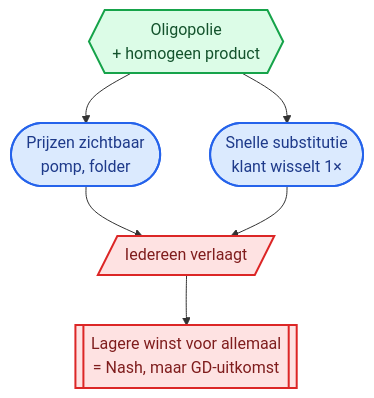
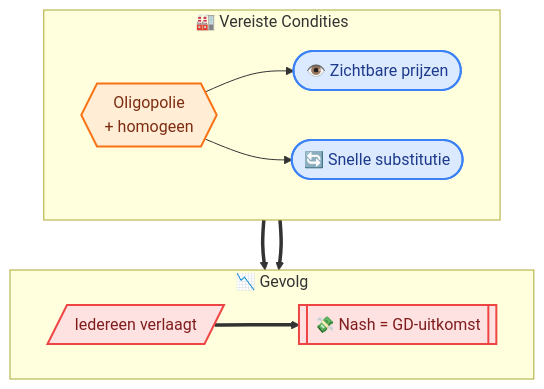
The sixth of 23 diagrams in Volledige_Samenvatting_H1_H2.md (ateknol/HAVO-Economie-examen), drawn with Mermaid before and after one commit. The commit also changed other lines of this file and 6 other files, not shown here.

````diff
--- a/Volledige_Samenvatting_H1_H2.md
+++ b/Volledige_Samenvatting_H1_H2.md
@@ -405,17 +420,20 @@
 ```mermaid
 flowchart TD
-    OL{{"Oligopolie<br/>+ homogeen product"}}
-    OL --> Z(["Prijzen zichtbaar<br/>pomp, folder"])
-    OL --> S(["Snelle substitutie<br/>klant wisselt 1×"])
-    Z --> SP[/"Iedereen verlaagt"/]
-    S --> SP
-    SP --> V[["Lagere winst voor allemaal<br/>= Nash, maar GD-uitkomst"]]
-
-    classDef term fill:#dcfce7,stroke:#16a34a,stroke-width:2px,color:#14532d
-    classDef proces fill:#dbeafe,stroke:#2563eb,stroke-width:2px,color:#1e3a8a
-    classDef fout fill:#fee2e2,stroke:#dc2626,stroke-width:2px,color:#7f1d1d
-
-    class OL term
-    class Z,S proces
-    class SP,V fout
+    subgraph OL_Cond["🏭 Vereiste Condities"]
+        direction LR
+        OL_K{{"Oligopolie<br/>+ homogeen"}} --> OL_Z(["👁️ Zichtbare prijzen"])
+        OL_K --> OL_S(["🔄 Snelle substitutie"])
+    end
+    subgraph OL_Eff["📉 Gevolg"]
+        direction LR
+        OL_Sp[/"Iedereen verlaagt"/] ==> OL_V[["💸 Nash = GD-uitkomst"]]
+    end
+    OL_Z ==> OL_Sp
+    OL_S ==> OL_Sp
+    classDef risico fill:#ffedd5,stroke:#f97316,stroke-width:2px,color:#7c2d12
+    classDef markt fill:#dbeafe,stroke:#3b82f6,stroke-width:2px,color:#1e3a8a
+    classDef falen fill:#fee2e2,stroke:#ef4444,stroke-width:2px,color:#7f1d1d
+    class OL_K risico
+    class OL_Z,OL_S markt
+    class OL_Sp,OL_V falen
 ```
````
